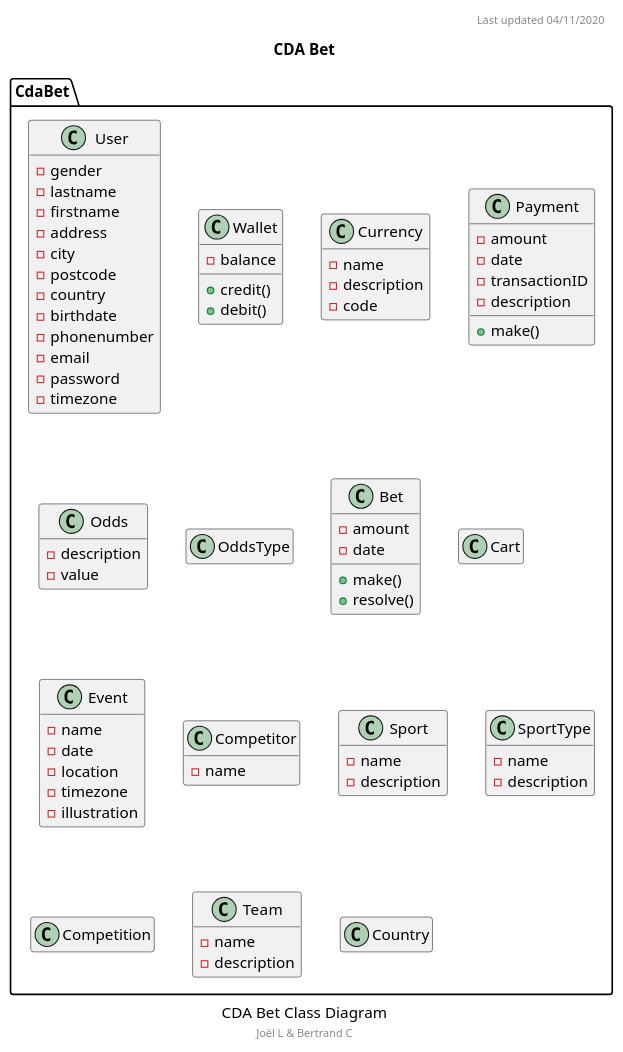
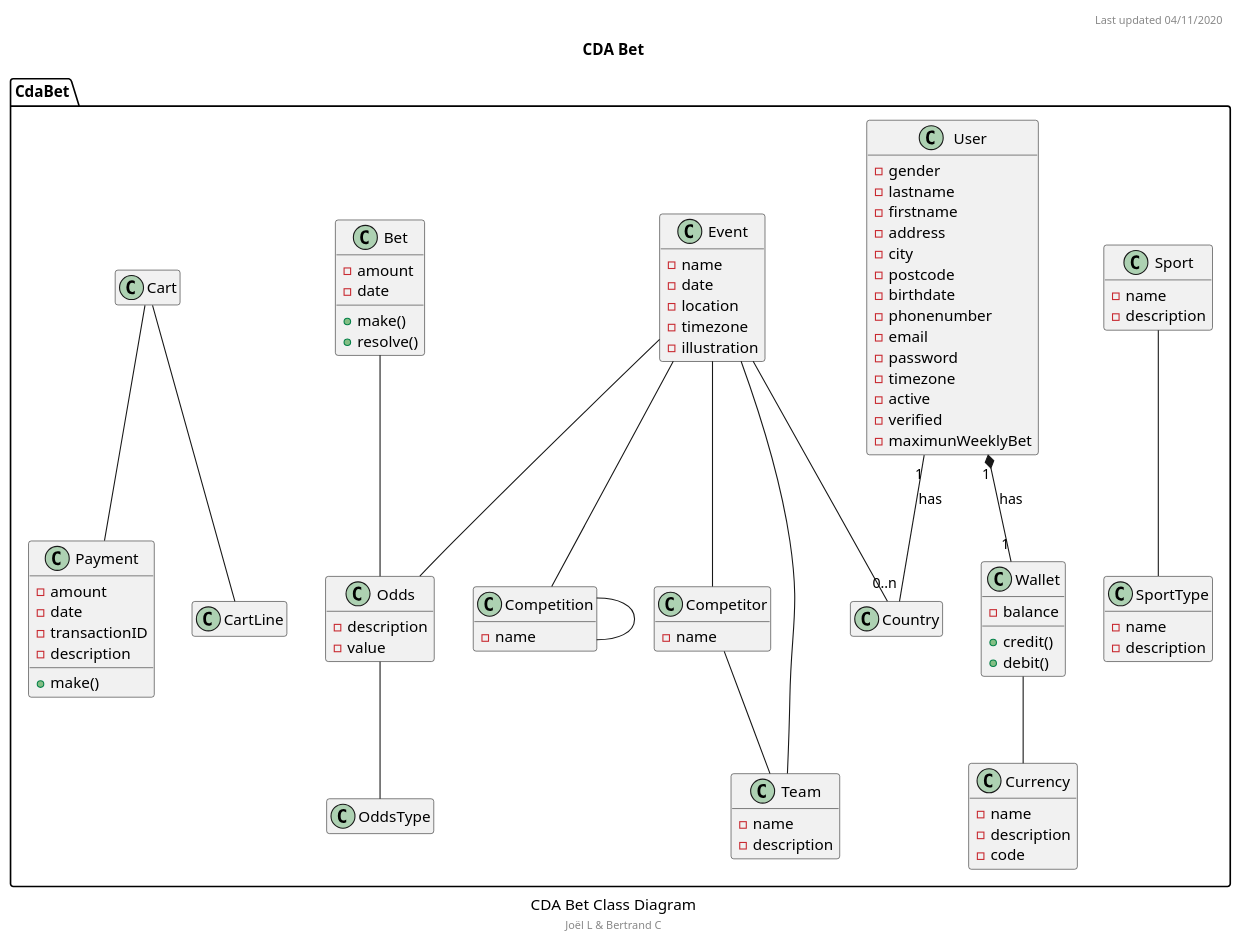
The first of 2 diagrams in docs/diagrams/src/CDA Bet.wsd (OFP-CDA-Mulhouse-2020/parisportif1), drawn with PlantUML before and after one commit. The commit also changed 1 other file, not shown here.

Commit message:
Mandatory commit, class diagram and mind map update

```diff
--- a/docs/diagrams/src/CDA Bet.wsd
+++ b/docs/diagrams/src/CDA Bet.wsd
@@ -1,95 +1,117 @@
 @startuml "CDA Bet Class Diagram"
 hide empty members
 caption CDA Bet Class Diagram
 footer Joël L & Bertrand C
 header Last updated 04/11/2020
 title CDA Bet
 
 namespace CdaBet {
     class User {
         -gender
         -lastname
         -firstname
         -address
         -city
         -postcode
-        -country
         -birthdate
         -phonenumber
         -email
         -password
         -timezone
+        -active
+        -verified
+        -maximunWeeklyBet
+    }
+
+    class Country{
+    }
+
+    class Currency {
+        -name
+        -description
+        -code
     }
 
     class Wallet {
         -balance
         +credit()
         +debit()
     }
 
-    class Currency {
-        -name
-        -description
-        -code
-    }
-
     class Payment {
         -amount
         -date
         -transactionID
         -description
         +make()
+    }
+
+    class Sport {
+        -name
+        -description
+    }
+
+    class SportType {
+        -name
+        -description
+    }
+
+    class Competitor {
+        -name
+    }
+
+    class Team {
+        -name
+        -description
+    }
+
+    class Event {
+        -name
+        -date
+        -location
+        -timezone
+        -illustration
+    }
+
+    class Competition {
+        -name
     }
 
     class Odds {
         -description
         -value
     }
 
     class OddsType {
     }
 
     class Bet {
         -amount
         -date
         +make()
         +resolve()
     }
 
     class Cart {
     }
 
-    class Event {
-        -name
-        -date
-        -location
-        -timezone
-        -illustration
+    class CartLine {
     }
 
-    class Competitor {
-        -name
-    }
-
-    class Sport {
-        -name
-        -description
-    }
-
-    class SportType {
-        -name
-        -description
-    }
-
-    class Competition {
-    }
-
-    class Team {
-        -name
-        -description
-    }
-
-    class Country{
-    }
+    User "1" *-- "1" Wallet : has
+    User "1" -- "0..n" Country : has
+    Wallet -- Currency
+    Sport -- SportType
+    Competitor -- Team
+    Odds -- OddsType
+    Bet -- Odds
+    Event -- Competition
+    Competition -- Competition
+    Cart -- CartLine
+    Cart -- Payment
+    Event -- Odds
+    Event -- Competitor
+    Event -- Team
+    Event -- Country
 }
 @enduml
```
